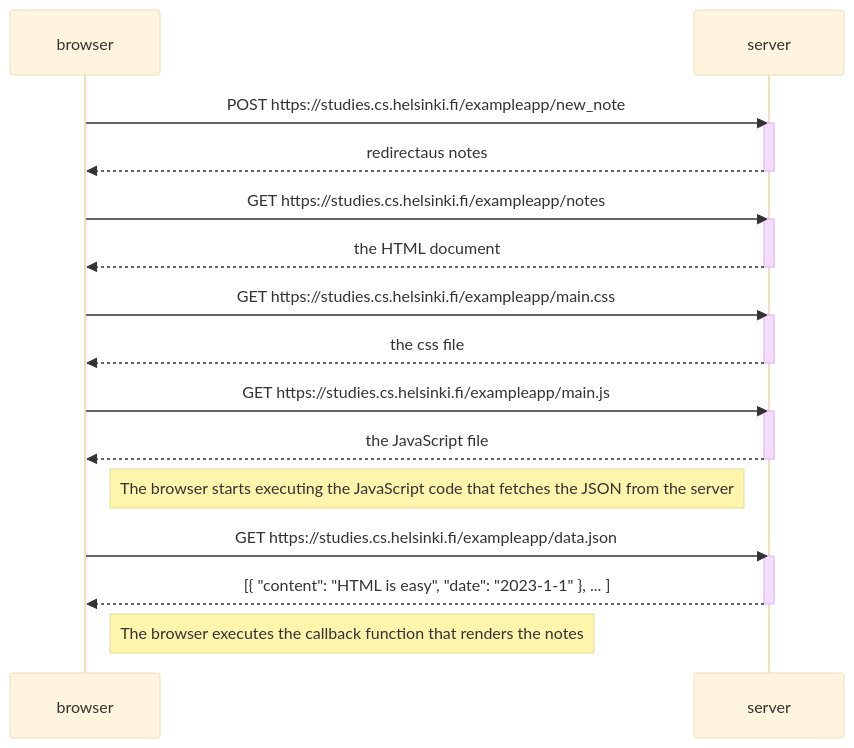
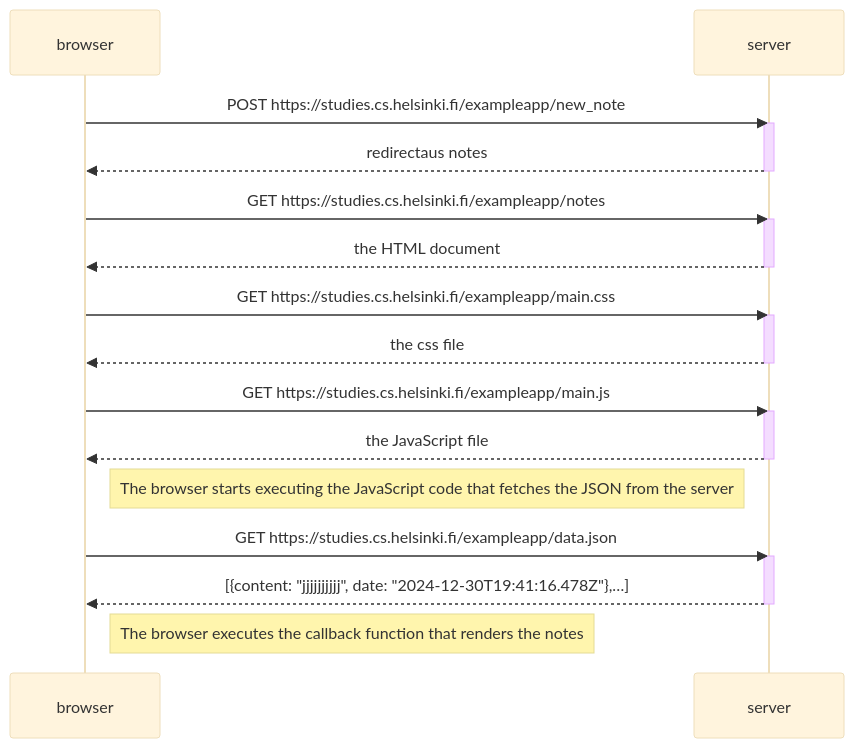
One commit to petuPoika/HY-FullStackOpen changed the diagram in osa0/tehtava4.md. Above: the diagram before and after it, drawn with Mermaid (base theme).

Commit message:
Updated content of last GET tehtava4.md

````diff
--- a/osa0/tehtava4.md
+++ b/osa0/tehtava4.md
@@ -1,34 +1,34 @@
 ```mermaid
     sequenceDiagram
         participant browser
         participant server
 
             browser->>server: POST https://studies.cs.helsinki.fi/exampleapp/new_note
             activate server
             server-->>browser: redirectaus notes
             deactivate server
 
             browser->>server: GET https://studies.cs.helsinki.fi/exampleapp/notes
             activate server
             server-->>browser: the HTML document
             deactivate server
             
             browser->>server: GET https://studies.cs.helsinki.fi/exampleapp/main.css
             activate server
             server-->>browser: the css file
             deactivate server
             
             browser->>server: GET https://studies.cs.helsinki.fi/exampleapp/main.js
             activate server
             server-->>browser: the JavaScript file
             deactivate server
 
             Note right of browser: The browser starts executing the JavaScript code that fetches the JSON from the server
     
             browser->>server: GET https://studies.cs.helsinki.fi/exampleapp/data.json
             activate server
-            server-->>browser: [{ "content": "HTML is easy", "date": "2023-1-1" }, ... ]
+            server-->>browser: [{content: "jjjjjjjjjj", date: "2024-12-30T19:41:16.478Z"},…]
             deactivate server    
         
             Note right of browser: The browser executes the callback function that renders the notes 
 ```
````
